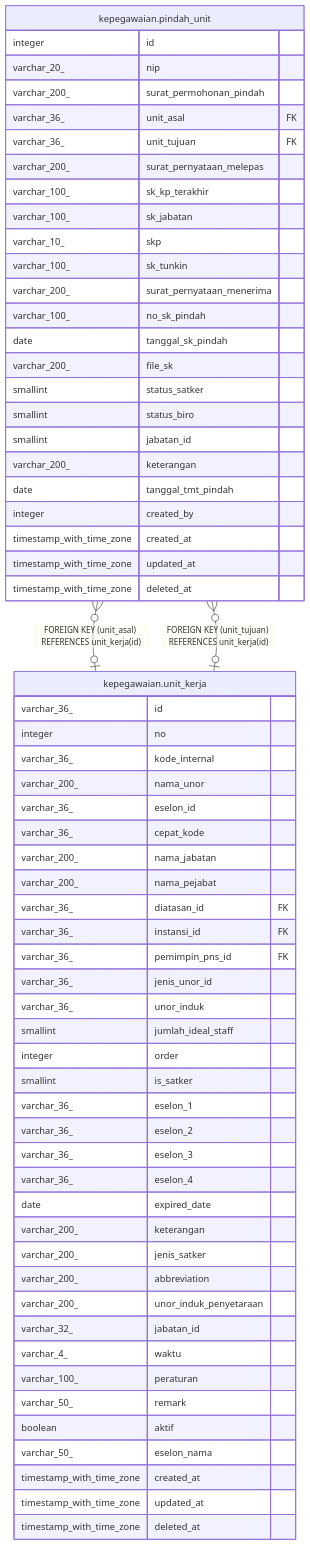
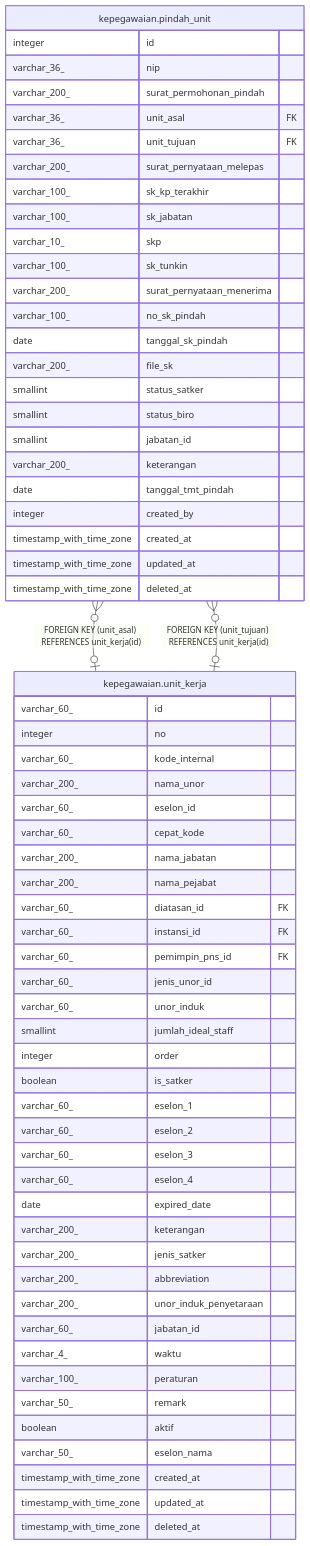
The diagram in services/kepegawaian/docs/db/kepegawaian.pindah_unit.md (nandanugg/triforce.nvim), drawn with Mermaid before and after one commit. The commit also changed other lines of this file and 31 other files, not shown here.

````diff
--- a/services/kepegawaian/docs/db/kepegawaian.pindah_unit.md
+++ b/services/kepegawaian/docs/db/kepegawaian.pindah_unit.md
@@ -51,68 +51,68 @@
 ```mermaid
 erDiagram
 
 "kepegawaian.pindah_unit" }o--o| "kepegawaian.unit_kerja" : "FOREIGN KEY (unit_asal) REFERENCES unit_kerja(id)"
 "kepegawaian.pindah_unit" }o--o| "kepegawaian.unit_kerja" : "FOREIGN KEY (unit_tujuan) REFERENCES unit_kerja(id)"
 
 "kepegawaian.pindah_unit" {
   integer id
-  varchar_20_ nip
+  varchar_36_ nip
   varchar_200_ surat_permohonan_pindah
   varchar_36_ unit_asal FK
   varchar_36_ unit_tujuan FK
   varchar_200_ surat_pernyataan_melepas
   varchar_100_ sk_kp_terakhir
   varchar_100_ sk_jabatan
   varchar_10_ skp
   varchar_100_ sk_tunkin
   varchar_200_ surat_pernyataan_menerima
   varchar_100_ no_sk_pindah
   date tanggal_sk_pindah
   varchar_200_ file_sk
   smallint status_satker
   smallint status_biro
   smallint jabatan_id
   varchar_200_ keterangan
   date tanggal_tmt_pindah
   integer created_by
   timestamp_with_time_zone created_at
   timestamp_with_time_zone updated_at
   timestamp_with_time_zone deleted_at
 }
 "kepegawaian.unit_kerja" {
-  varchar_36_ id
+  varchar_60_ id
   integer no
-  varchar_36_ kode_internal
+  varchar_60_ kode_internal
   varchar_200_ nama_unor
-  varchar_36_ eselon_id
-  varchar_36_ cepat_kode
+  varchar_60_ eselon_id
+  varchar_60_ cepat_kode
   varchar_200_ nama_jabatan
   varchar_200_ nama_pejabat
-  varchar_36_ diatasan_id FK
-  varchar_36_ instansi_id FK
-  varchar_36_ pemimpin_pns_id FK
-  varchar_36_ jenis_unor_id
-  varchar_36_ unor_induk
+  varchar_60_ diatasan_id FK
+  varchar_60_ instansi_id FK
+  varchar_60_ pemimpin_pns_id FK
+  varchar_60_ jenis_unor_id
+  varchar_60_ unor_induk
   smallint jumlah_ideal_staff
   integer order
-  smallint is_satker
-  varchar_36_ eselon_1
-  varchar_36_ eselon_2
-  varchar_36_ eselon_3
-  varchar_36_ eselon_4
+  boolean is_satker
+  varchar_60_ eselon_1
+  varchar_60_ eselon_2
+  varchar_60_ eselon_3
+  varchar_60_ eselon_4
   date expired_date
   varchar_200_ keterangan
   varchar_200_ jenis_satker
   varchar_200_ abbreviation
   varchar_200_ unor_induk_penyetaraan
-  varchar_32_ jabatan_id
+  varchar_60_ jabatan_id
   varchar_4_ waktu
   varchar_100_ peraturan
   varchar_50_ remark
   boolean aktif
   varchar_50_ eselon_nama
   timestamp_with_time_zone created_at
   timestamp_with_time_zone updated_at
   timestamp_with_time_zone deleted_at
 }
 ```
````
